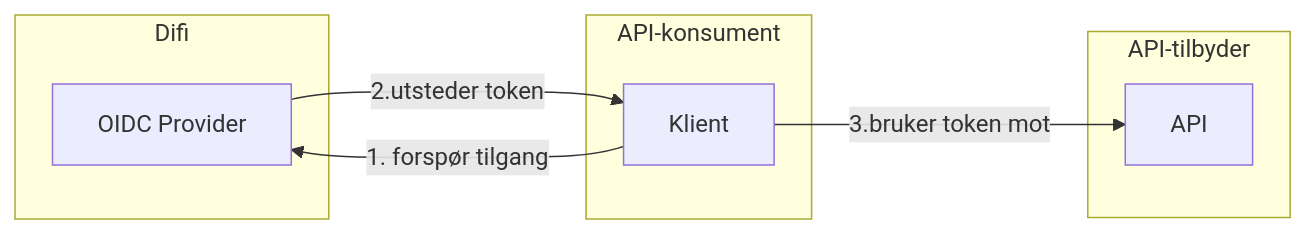
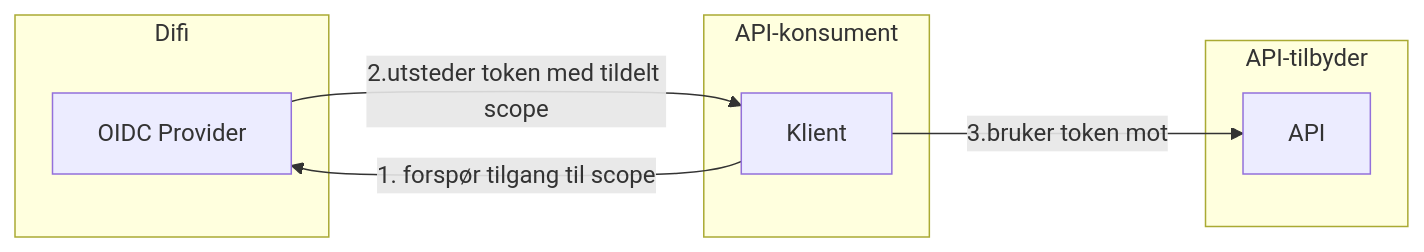
One commit to felleslosninger/docs changed the third of 3 diagrams in _docs/Maskinporten/maskinporten_overordnet.md. Above: the diagram before and after it, drawn with Mermaid. The commit also changed other lines of this file, not shown here.

```diff
--- a/_docs/Maskinporten/maskinporten_overordnet.md
+++ b/_docs/Maskinporten/maskinporten_overordnet.md
@@ -28,15 +48,15 @@
 <div class="mermaid">
 graph LR
   subgraph API-tilbyder
     API
   end
   subgraph Difi
     OIDC[OIDC Provider]
   end
   subgraph API-konsument
      ny[Klient]
   end
-  OIDC -->|2.utsteder token|ny
-  ny -->|1. forspør tilgang|OIDC
+  OIDC -->|2.utsteder token med tildelt scope|ny
+  ny -->|1. forspør tilgang til scope|OIDC
   ny -->|3.bruker token mot|API
 </div>
```
